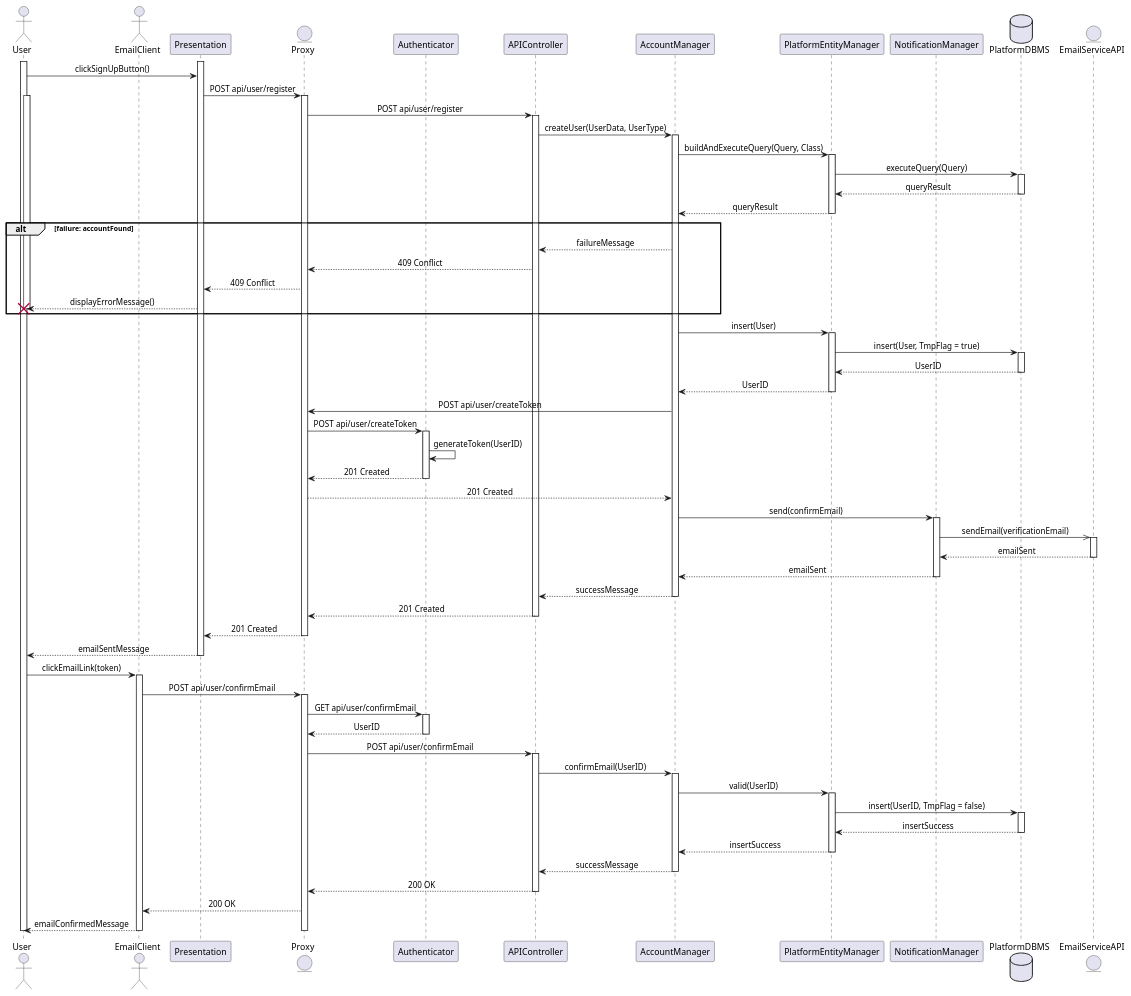
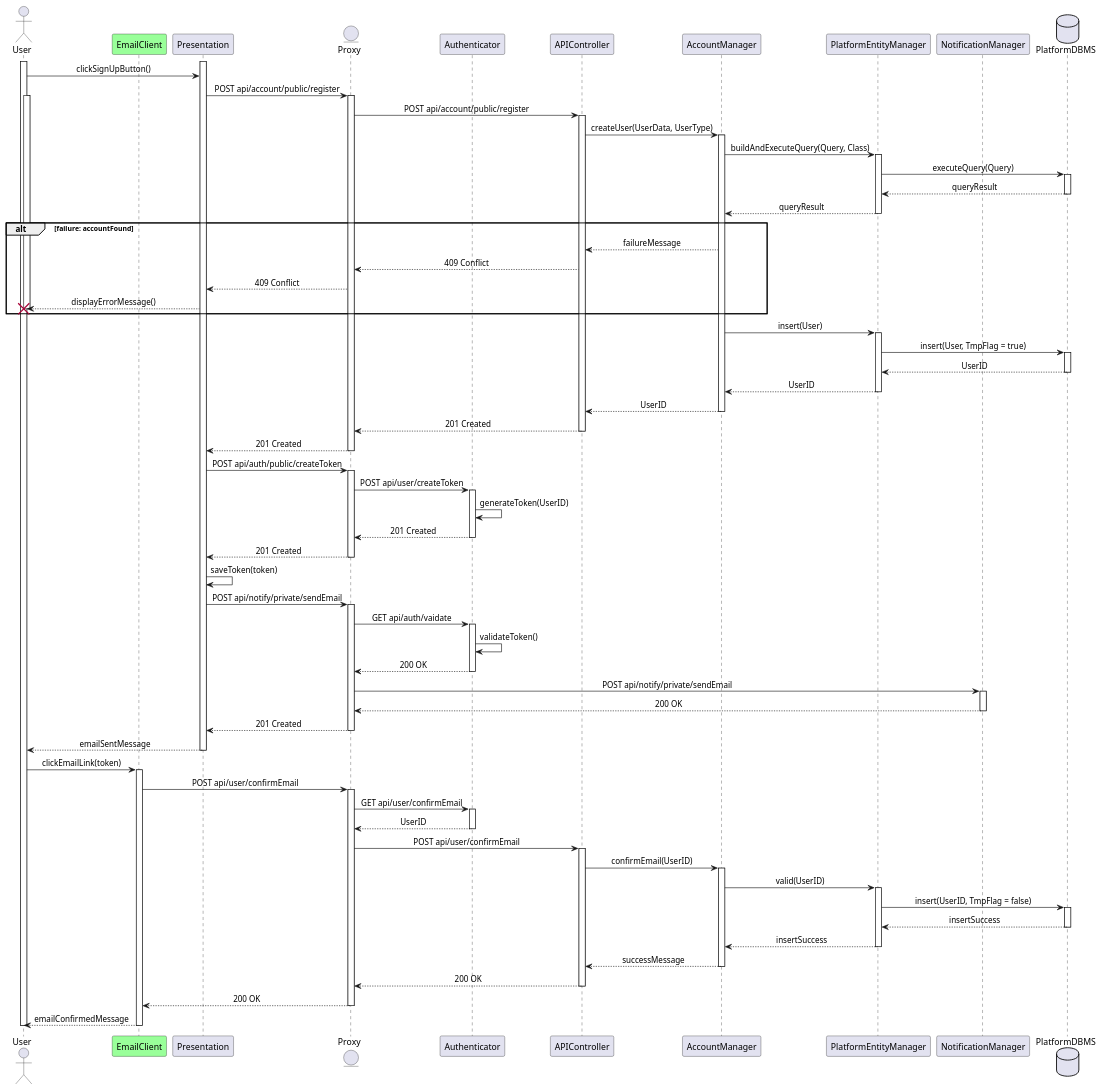
Before and after one commit to Slaitroc/RicciPaoliGrisoni: the diagram in Diagrams/SequenceDiagrams/DD_SequenceDiagrams.wsd, drawn with PlantUML.

Commit message:
Refactor sequence diagram for user registration process

```diff
--- a/Diagrams/SequenceDiagrams/DD_SequenceDiagrams.wsd
+++ b/Diagrams/SequenceDiagrams/DD_SequenceDiagrams.wsd
@@ -2,100 +2,108 @@
 @startuml Registration
 skinparam sequenceMessageAlign center
 actor       User
-actor       EmailClient
+participant EmailClient #99FF99
 participant Presentation
 entity      Proxy
 participant Authenticator
 participant APIController
 participant AccountManager
 participant PlatformEntityManager
 participant NotificationManager
 database    PlatformDBMS
-entity      EmailServiceAPI
 activate User
 activate Presentation
 User -> Presentation : clickSignUpButton()
-Presentation -> Proxy : POST api/user/register
+Presentation -> Proxy : POST api/account/public/register
 activate Proxy
 activate User
 
-Proxy -> APIController : POST api/user/register
+Proxy -> APIController : POST api/account/public/register
 activate APIController
 APIController -> AccountManager : createUser(UserData, UserType)
 activate AccountManager
 AccountManager -> PlatformEntityManager : buildAndExecuteQuery(Query, Class)
 activate PlatformEntityManager
 PlatformEntityManager -> PlatformDBMS : executeQuery(Query)
 activate PlatformDBMS
 PlatformDBMS --> PlatformEntityManager : queryResult
 deactivate PlatformDBMS
 PlatformEntityManager --> AccountManager : queryResult
 deactivate PlatformEntityManager
 alt failure: accountFound
 AccountManager --> APIController : failureMessage
 APIController --> Proxy : 409 Conflict
 Proxy --> Presentation : 409 Conflict
 Presentation --> User !! : displayErrorMessage()
 end
 AccountManager -> PlatformEntityManager : insert(User)
 activate PlatformEntityManager
 PlatformEntityManager -> PlatformDBMS : insert(User, TmpFlag = true)
 activate PlatformDBMS
 PlatformDBMS --> PlatformEntityManager : UserID
 deactivate PlatformDBMS
 PlatformEntityManager --> AccountManager : UserID
 deactivate PlatformEntityManager
-AccountManager -> Proxy : POST api/user/createToken
-Proxy -> Authenticator : POST api/user/createToken
+AccountManager --> APIController : UserID
+deactivate AccountManager
+APIController --> Proxy : 201 Created
+deactivate APIController
+Proxy --> Presentation : 201 Created
+deactivate Proxy
+Presentation -> Proxy : POST api/auth/public/createToken
+activate Proxy
+Proxy -> Authenticator: POST api/user/createToken
 activate Authenticator
 Authenticator -> Authenticator : generateToken(UserID)
 Authenticator --> Proxy : 201 Created
 deactivate Authenticator
-Proxy --> AccountManager : 201 Created
-AccountManager -> NotificationManager : send(confirmEmail)
+Proxy --> Presentation : 201 Created
+deactivate Proxy
+Presentation -> Presentation : saveToken(token)
+Presentation -> Proxy : POST api/notify/private/sendEmail
+activate Proxy
+Proxy -> Authenticator : GET api/auth/vaidate
+activate Authenticator
+Authenticator -> Authenticator : validateToken()
+Authenticator --> Proxy : 200 OK
+deactivate Authenticator
+Proxy -> NotificationManager : POST api/notify/private/sendEmail
 activate NotificationManager
-NotificationManager ->> EmailServiceAPI : sendEmail(verificationEmail)
-activate EmailServiceAPI
-EmailServiceAPI --> NotificationManager : emailSent
-deactivate EmailServiceAPI
-NotificationManager --> AccountManager : emailSent
+NotificationManager --> Proxy : 200 OK
 deactivate NotificationManager
-AccountManager --> APIController : successMessage
-deactivate AccountManager
-APIController --> Proxy : 201 Created
-deactivate APIController
 Proxy --> Presentation : 201 Created
 deactivate Proxy
 Presentation --> User : emailSentMessage
 deactivate Presentation
 User -> EmailClient : clickEmailLink(token)
 activate EmailClient
 EmailClient -> Proxy : POST api/user/confirmEmail
 activate Proxy
 Proxy -> Authenticator : GET api/user/confirmEmail
 activate Authenticator
 Authenticator --> Proxy : UserID
 deactivate Authenticator
 Proxy -> APIController : POST api/user/confirmEmail
 activate APIController
 APIController -> AccountManager : confirmEmail(UserID)
 deactivate Authenticator
 activate AccountManager
 AccountManager -> PlatformEntityManager : valid(UserID) 
 activate PlatformEntityManager
 PlatformEntityManager -> PlatformDBMS : insert(UserID, TmpFlag = false)
 activate PlatformDBMS
 PlatformDBMS --> PlatformEntityManager : insertSuccess
 deactivate PlatformDBMS
 PlatformEntityManager --> AccountManager : insertSuccess
 deactivate PlatformEntityManager
 AccountManager --> APIController : successMessage
 deactivate AccountManager
 APIController --> Proxy : 200 OK
 deactivate APIController
 Proxy --> EmailClient :  200 OK
+deactivate Proxy
 EmailClient --> User : emailConfirmedMessage
 deactivate EmailClient
 deactivate Proxy
 deactivate User 
 @enduml
```
